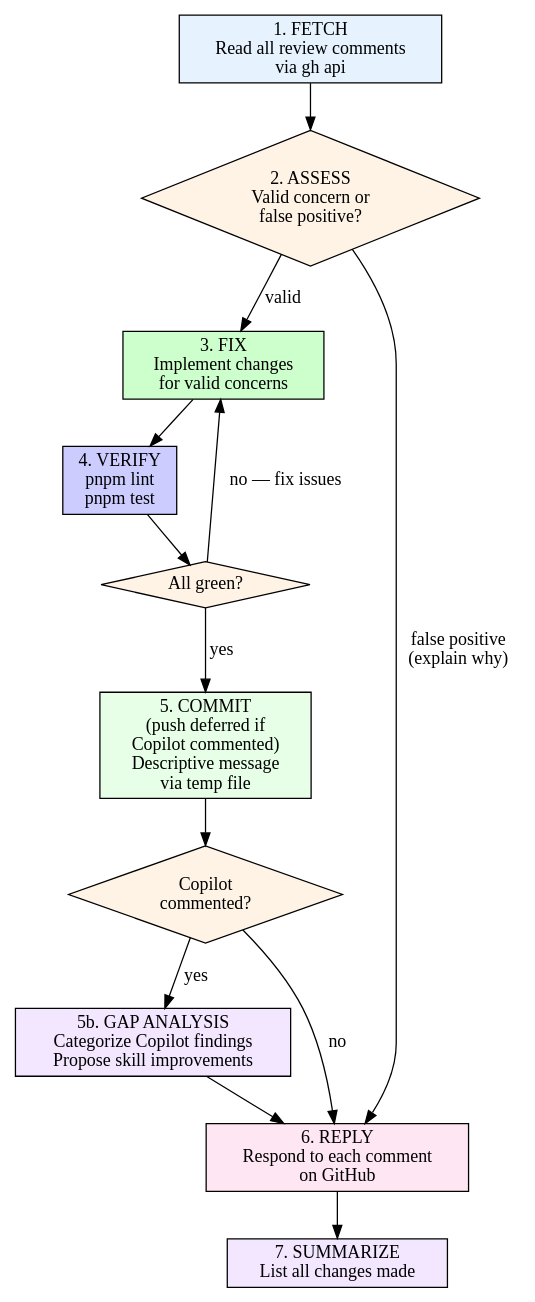
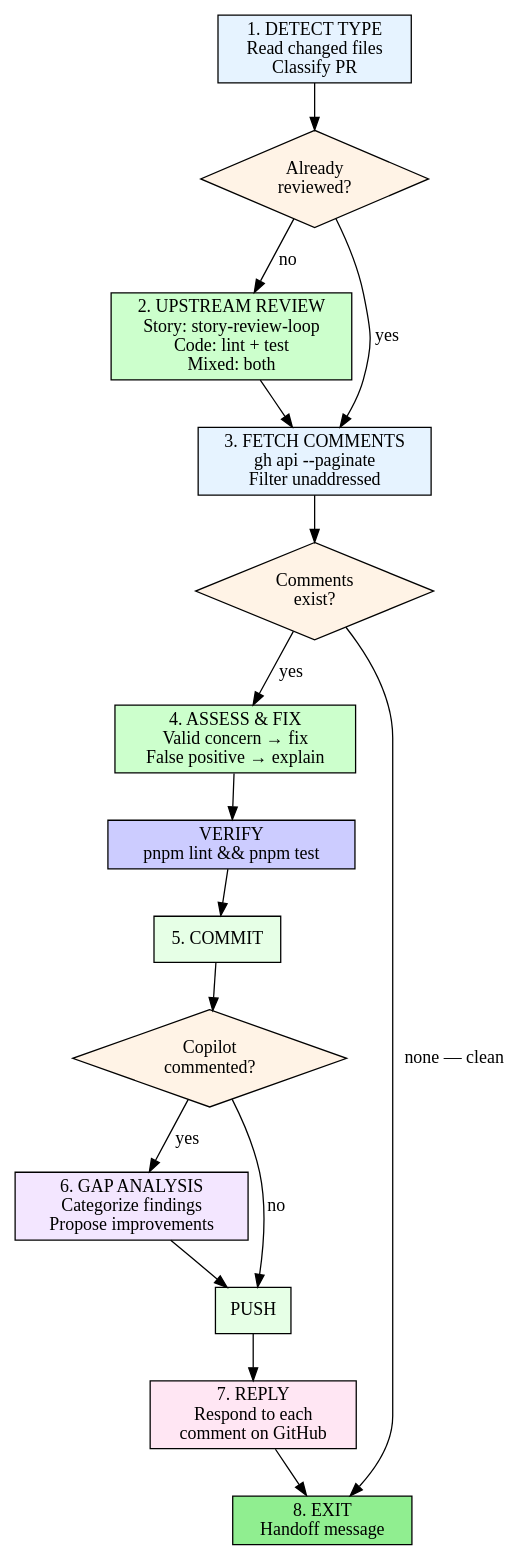
Before and after one commit to gcko/pendulum-of-despair: the diagram in .claude/skills/pr-review-response/SKILL.md, drawn with Graphviz. The commit also changed other lines of this file, not shown here.

First line of the commit message:
chore(shared): rewrite pr-review-response as orchestrator skill

````diff
--- a/.claude/skills/pr-review-response/SKILL.md
+++ b/.claude/skills/pr-review-response/SKILL.md
@@ -18,30 +23,36 @@
 ```dot
 digraph pr_review {
     rankdir=TB;
     node [shape=box, style=filled, fillcolor=lightblue];
 
-    fetch [label="1. FETCH\nRead all review comments\nvia gh api", fillcolor="#e6f3ff"];
-    assess [label="2. ASSESS\nValid concern or\nfalse positive?", shape=diamond, fillcolor="#fff3e6"];
-    fix [label="3. FIX\nImplement changes\nfor valid concerns", fillcolor="#ccffcc"];
-    verify [label="4. VERIFY\npnpm lint\npnpm test", fillcolor="#ccccff"];
-    green [label="All green?", shape=diamond, fillcolor="#fff3e6"];
-    commit [label="5. COMMIT\n(push deferred if\nCopilot commented)\nDescriptive message\nvia temp file", fillcolor="#e6ffe6"];
+    detect [label="1. DETECT TYPE\nRead changed files\nClassify PR", fillcolor="#e6f3ff"];
+    reviewed [label="Already\nreviewed?", shape=diamond, fillcolor="#fff3e6"];
+    upstream [label="2. UPSTREAM REVIEW\nStory: story-review-loop\nCode: lint + test\nMixed: both", fillcolor="#ccffcc"];
+    fetch [label="3. FETCH COMMENTS\ngh api --paginate\nFilter unaddressed", fillcolor="#e6f3ff"];
+    comments [label="Comments\nexist?", shape=diamond, fillcolor="#fff3e6"];
+    assess [label="4. ASSESS & FIX\nValid concern → fix\nFalse positive → explain", fillcolor="#ccffcc"];
+    verify [label="VERIFY\npnpm lint && pnpm test", fillcolor="#ccccff"];
+    commit [label="5. COMMIT", fillcolor="#e6ffe6"];
     copilot [label="Copilot\ncommented?", shape=diamond, fillcolor="#fff3e6"];
-    gap [label="5b. GAP ANALYSIS\nCategorize Copilot findings\nPropose skill improvements", fillcolor="#f3e6ff"];
-    reply [label="6. REPLY\nRespond to each comment\non GitHub", fillcolor="#ffe6f3"];
-    summarize [label="7. SUMMARIZE\nList all changes made", fillcolor="#f3e6ff"];
+    gap [label="6. GAP ANALYSIS\nCategorize findings\nPropose improvements", fillcolor="#f3e6ff"];
+    push [label="PUSH", fillcolor="#e6ffe6"];
+    reply [label="7. REPLY\nRespond to each\ncomment on GitHub", fillcolor="#ffe6f3"];
+    exit [label="8. EXIT\nHandoff message", fillcolor=lightgreen];
 
-    fetch -> assess;
-    assess -> fix [label="valid"];
-    assess -> reply [label="false positive\n(explain why)"];
-    fix -> verify;
-    verify -> green;
-    green -> commit [label="yes"];
-    green -> fix [label="no — fix issues"];
+    detect -> reviewed;
+    reviewed -> fetch [label="yes"];
+    reviewed -> upstream [label="no"];
+    upstream -> fetch;
+    fetch -> comments;
+    comments -> exit [label="none — clean"];
+    comments -> assess [label="yes"];
+    assess -> verify;
+    verify -> commit;
     commit -> copilot;
     copilot -> gap [label="yes"];
-    copilot -> reply [label="no"];
-    gap -> reply;
-    reply -> summarize;
+    copilot -> push [label="no"];
+    gap -> push;
+    push -> reply;
+    reply -> exit;
 }
 ```
````
